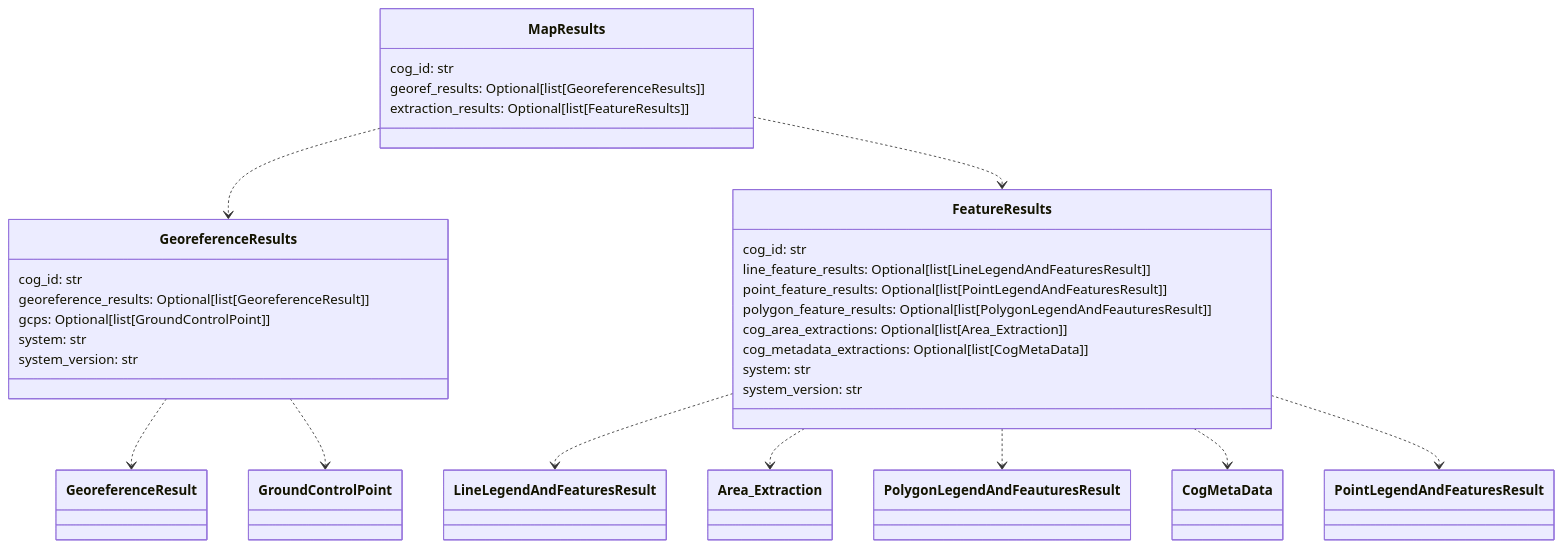
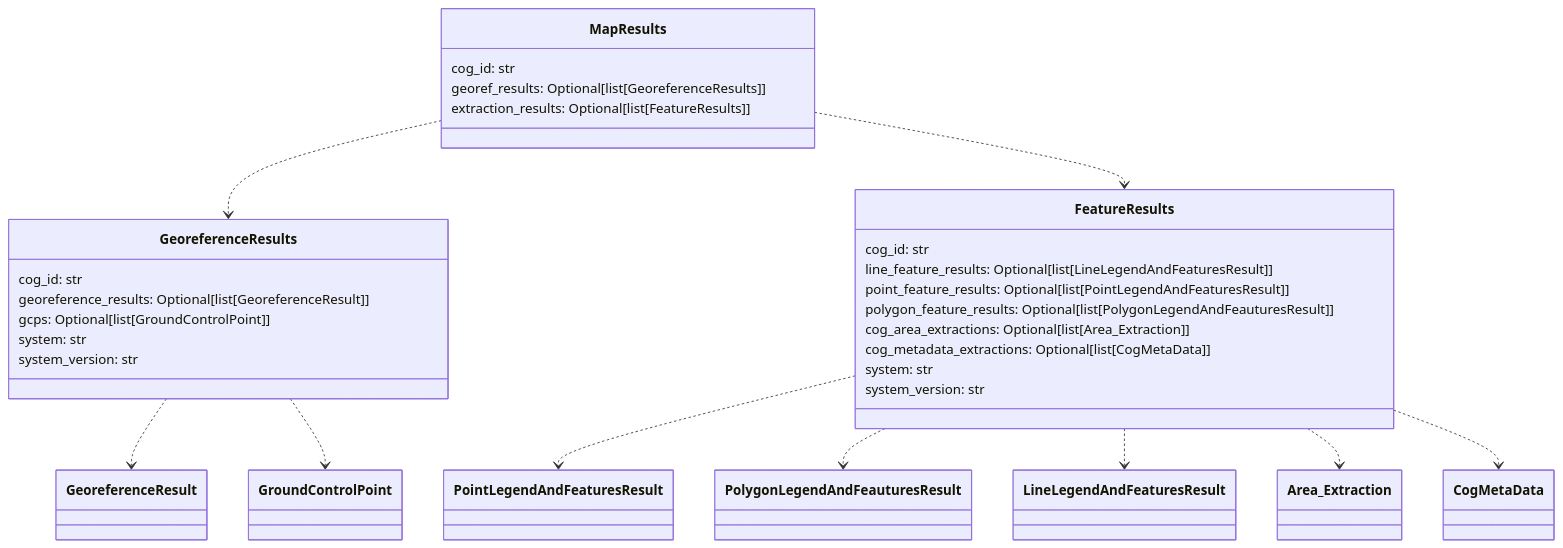
Diagram 11 of 12 in README.md (DARPA-CRITICALMAAS/cdr_schemas), drawn with Mermaid before and after one commit. The commit also changed other lines of this file and 1 other file, not shown here.

````diff
--- a/README.md
+++ b/README.md
@@ -767,40 +814,40 @@
 ```mermaid
 classDiagram
 
     class GeoreferenceResults {
         cog_id: str
         georeference_results: Optional[list[GeoreferenceResult]]
         gcps: Optional[list[GroundControlPoint]]
         system: str
         system_version: str
     }
 
     class FeatureResults {
         cog_id: str
         line_feature_results: Optional[list[LineLegendAndFeaturesResult]]
         point_feature_results: Optional[list[PointLegendAndFeaturesResult]]
         polygon_feature_results: Optional[list[PolygonLegendAndFeauturesResult]]
         cog_area_extractions: Optional[list[Area_Extraction]]
         cog_metadata_extractions: Optional[list[CogMetaData]]
         system: str
         system_version: str
     }
 
     class MapResults {
         cog_id: str
         georef_results: Optional[list[GeoreferenceResults]]
         extraction_results: Optional[list[FeatureResults]]
     }
 
+    FeatureResults ..> PointLegendAndFeaturesResult
+    FeatureResults ..> PolygonLegendAndFeauturesResult
     FeatureResults ..> LineLegendAndFeaturesResult
     FeatureResults ..> Area_Extraction
-    FeatureResults ..> PolygonLegendAndFeauturesResult
     FeatureResults ..> CogMetaData
-    FeatureResults ..> PointLegendAndFeaturesResult
     GeoreferenceResults ..> GeoreferenceResult
     GeoreferenceResults ..> GroundControlPoint
     MapResults ..> GeoreferenceResults
     MapResults ..> FeatureResults
 
 
 ```
````
